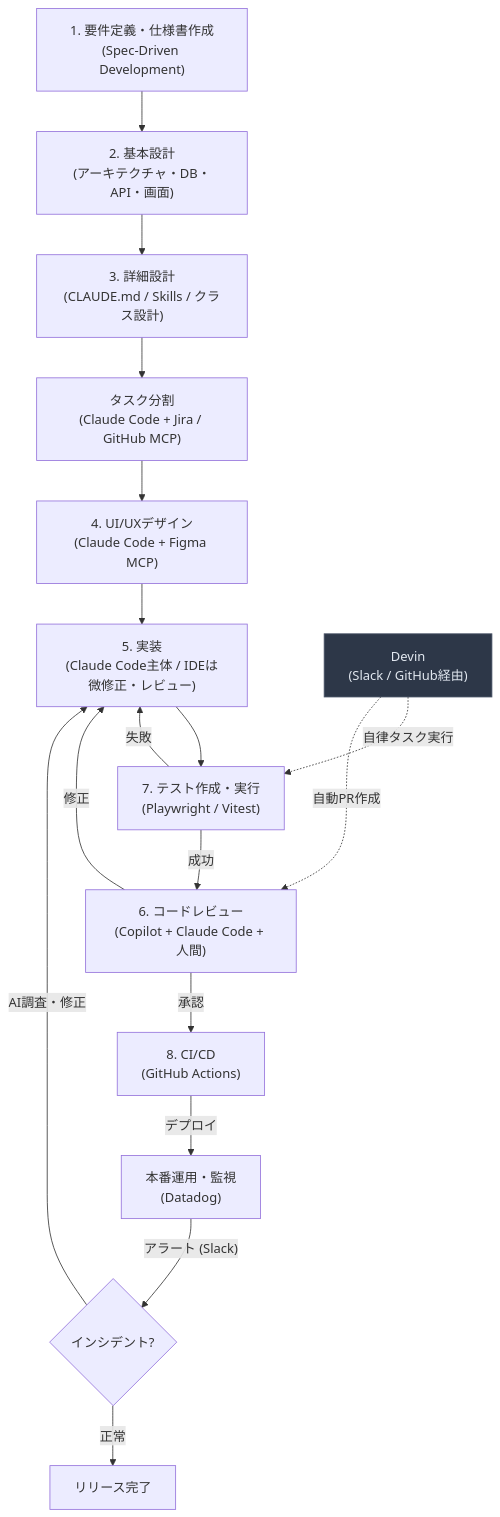
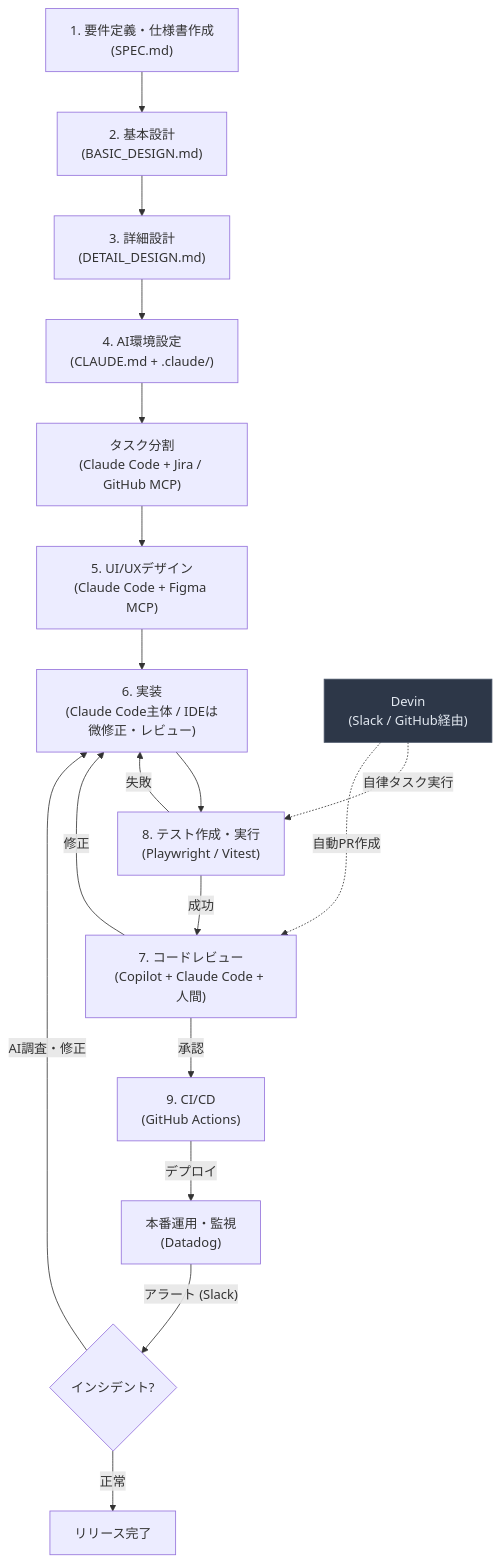
One commit to takuma39/ai changed diagram 11 of 38 in AI駆動開発.md. Above: the diagram before and after it, drawn with Mermaid. The commit also changed other lines of this file, not shown here.

````diff
--- a/AI駆動開発.md
+++ b/AI駆動開発.md
@@ -329,21 +329,22 @@
 ```mermaid
 flowchart TD
-    A["1. 要件定義・仕様書作成<br/>(Spec-Driven Development)"] --> B["2. 基本設計<br/>(アーキテクチャ・DB・API・画面)"]
-    B --> B2["3. 詳細設計<br/>(CLAUDE.md / Skills / クラス設計)"]
-    B2 --> TS["タスク分割<br/>(Claude Code + Jira / GitHub MCP)"]
-    TS --> C["4. UI/UXデザイン<br/>(Claude Code + Figma MCP)"]
-    C --> D["5. 実装<br/>(Claude Code主体 / IDEは微修正・レビュー)"]
-    D --> T["7. テスト作成・実行<br/>(Playwright / Vitest)"]
+    A["1. 要件定義・仕様書作成<br/>(SPEC.md)"] --> B["2. 基本設計<br/>(BASIC_DESIGN.md)"]
+    B --> B2["3. 詳細設計<br/>(DETAIL_DESIGN.md)"]
+    B2 --> B3["4. AI環境設定<br/>(CLAUDE.md + .claude/)"]
+    B3 --> TS["タスク分割<br/>(Claude Code + Jira / GitHub MCP)"]
+    TS --> C["5. UI/UXデザイン<br/>(Claude Code + Figma MCP)"]
+    C --> D["6. 実装<br/>(Claude Code主体 / IDEは微修正・レビュー)"]
+    D --> T["8. テスト作成・実行<br/>(Playwright / Vitest)"]
     T -->|"失敗"| D
-    T -->|"成功"| E["6. コードレビュー<br/>(Copilot + Claude Code + 人間)"]
+    T -->|"成功"| E["7. コードレビュー<br/>(Copilot + Claude Code + 人間)"]
     E -->|修正| D
-    E -->|承認| F["8. CI/CD<br/>(GitHub Actions)"]
+    E -->|承認| F["9. CI/CD<br/>(GitHub Actions)"]
     F -->|デプロイ| G["本番運用・監視<br/>(Datadog)"]
     G -->|"アラート (Slack)"| H{"インシデント?"}
     H -->|"AI調査・修正"| D
     H -->|"正常"| I["リリース完了"]
 
     D2["Devin<br/>(Slack / GitHub経由)"] -.->|"自律タスク実行"| T
     D2 -.->|"自動PR作成"| E
     style D2 fill:#2d3748,stroke:#4a5568,color:#e2e8f0
 ```
````
